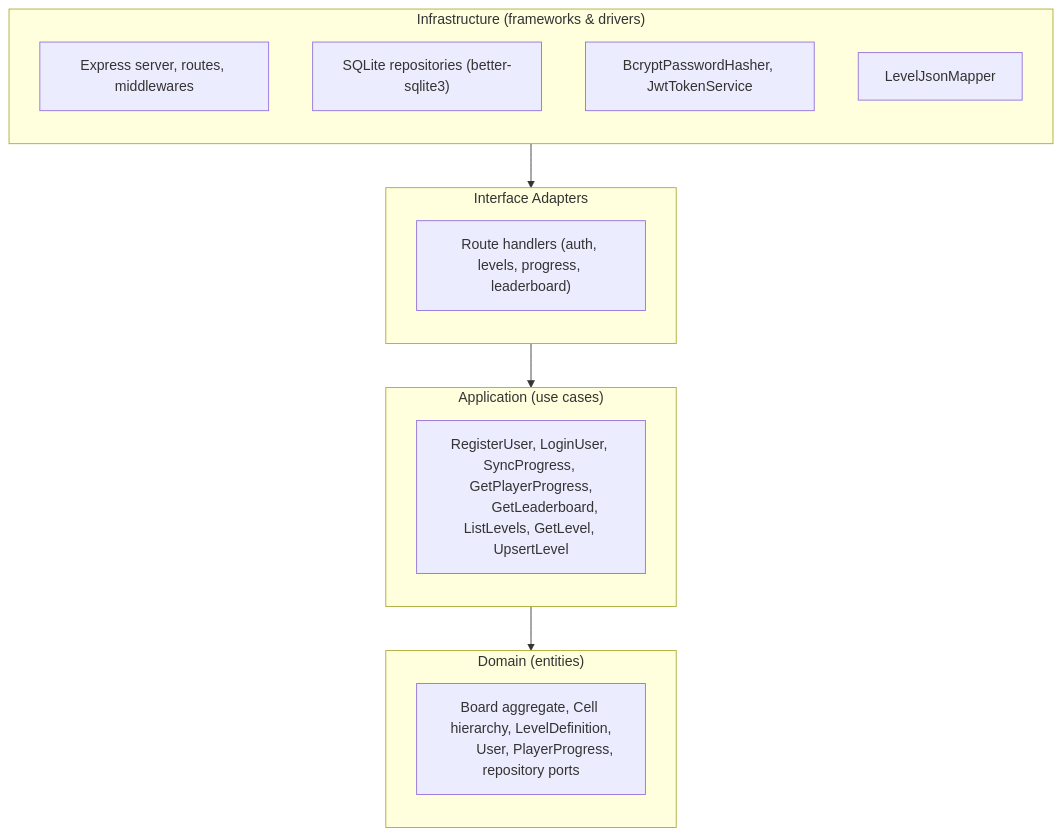
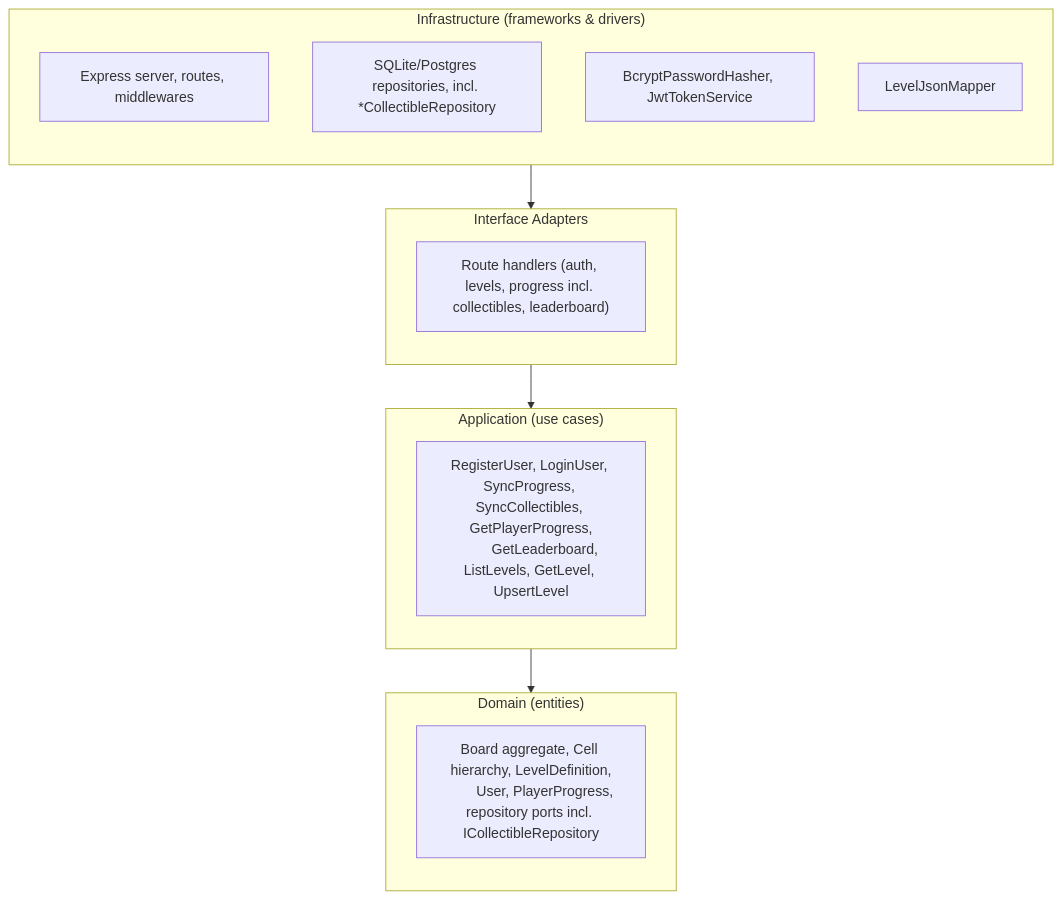
One commit to Georopeza/BackEnd-ArrowMaze changed the first of 2 diagrams in README.md. Above: the diagram before and after it, drawn with Mermaid. The commit also changed other lines of this file and 3 other files, not shown here.

First line of the commit message:
docs: bring README/diagrams up to date and log missing AI_USAGE entries

````diff
--- a/README.md
+++ b/README.md
@@ -26,26 +26,26 @@
 ```mermaid
 flowchart TB
     subgraph L4["Infrastructure (frameworks & drivers)"]
         direction TB
         Express["Express server, routes, middlewares"]
-        Sqlite["SQLite repositories (better-sqlite3)"]
+        Sqlite["SQLite/Postgres repositories, incl. *CollectibleRepository"]
         Security["BcryptPasswordHasher, JwtTokenService"]
         Mappers["LevelJsonMapper"]
     end
     subgraph L3["Interface Adapters"]
         direction TB
-        Controllers["Route handlers (auth, levels, progress, leaderboard)"]
+        Controllers["Route handlers (auth, levels, progress incl. collectibles, leaderboard)"]
     end
     subgraph L2["Application (use cases)"]
         direction TB
-        UseCases["RegisterUser, LoginUser, SyncProgress, GetPlayerProgress,
+        UseCases["RegisterUser, LoginUser, SyncProgress, SyncCollectibles, GetPlayerProgress,
         GetLeaderboard, ListLevels, GetLevel, UpsertLevel"]
     end
     subgraph L1["Domain (entities)"]
         direction TB
         Entities["Board aggregate, Cell hierarchy, LevelDefinition,
-        User, PlayerProgress, repository ports"]
+        User, PlayerProgress, repository ports incl. ICollectibleRepository"]
     end
 
     L4 --> L3 --> L2 --> L1
 ```
````
